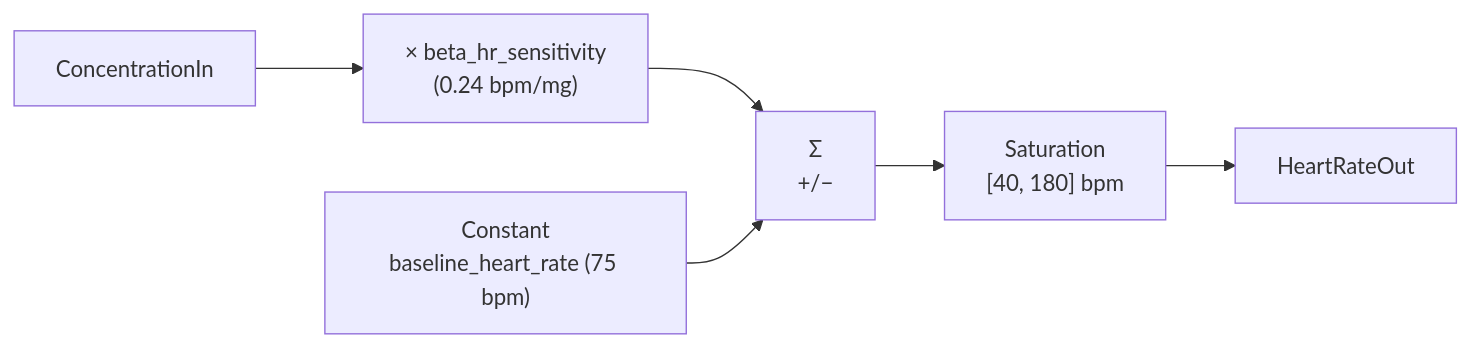
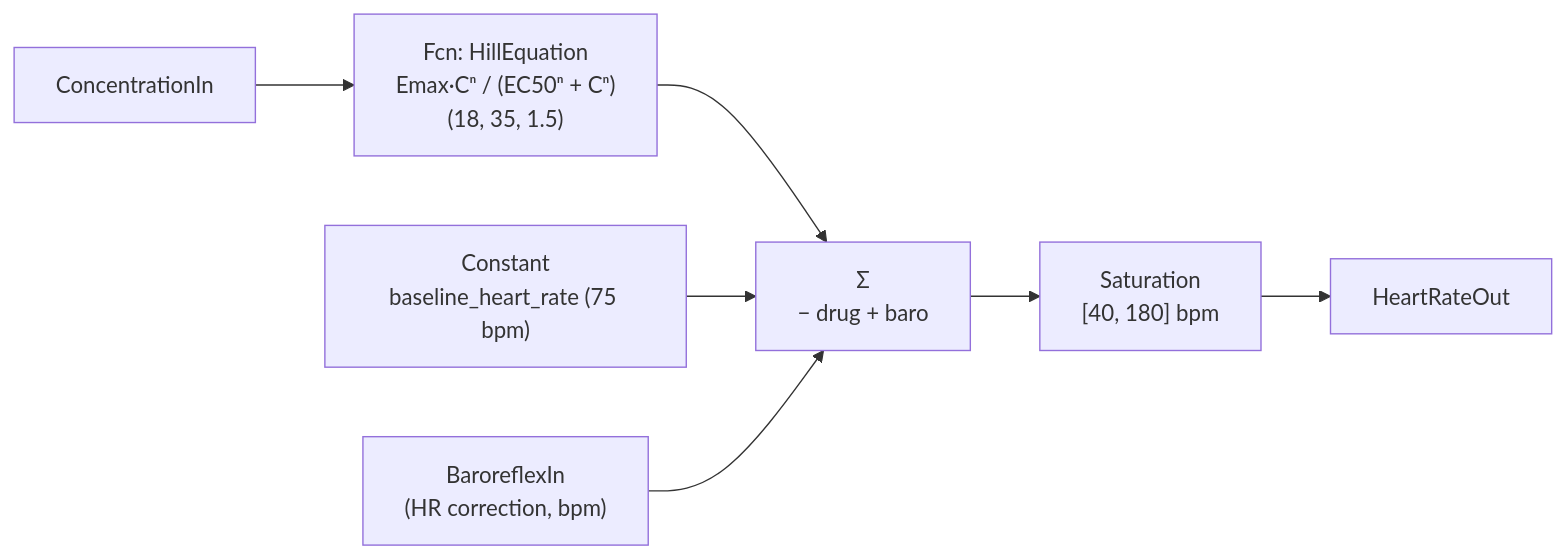
Before and after one commit to samueltauil/cardiac-digital-twin: the third of 5 diagrams in docs/architecture.md, drawn with Mermaid. The commit also changed other lines of this file and 30 other files, not shown here.

````diff
--- a/docs/architecture.md
+++ b/docs/architecture.md
@@ -111,9 +117,11 @@
 ```mermaid
 flowchart LR
-    ConcentrationIn --> Gain["× beta_hr_sensitivity<br/>(0.24 bpm/mg)"]
+    ConcentrationIn --> Hill["Fcn: HillEquation<br/>Emax·Cⁿ / (EC50ⁿ + Cⁿ)<br/>(18, 35, 1.5)"]
     Baseline["Constant<br/>baseline_heart_rate (75 bpm)"]
-    Gain --> Sum["Σ<br/>+/−"]
+    BaroreflexIn["BaroreflexIn<br/>(HR correction, bpm)"]
+    Hill --> Sum["Σ<br/>− drug + baro"]
     Baseline --> Sum
+    BaroreflexIn --> Sum
     Sum --> Sat["Saturation<br/>[40, 180] bpm"]
     Sat --> HeartRateOut
 ```
````
